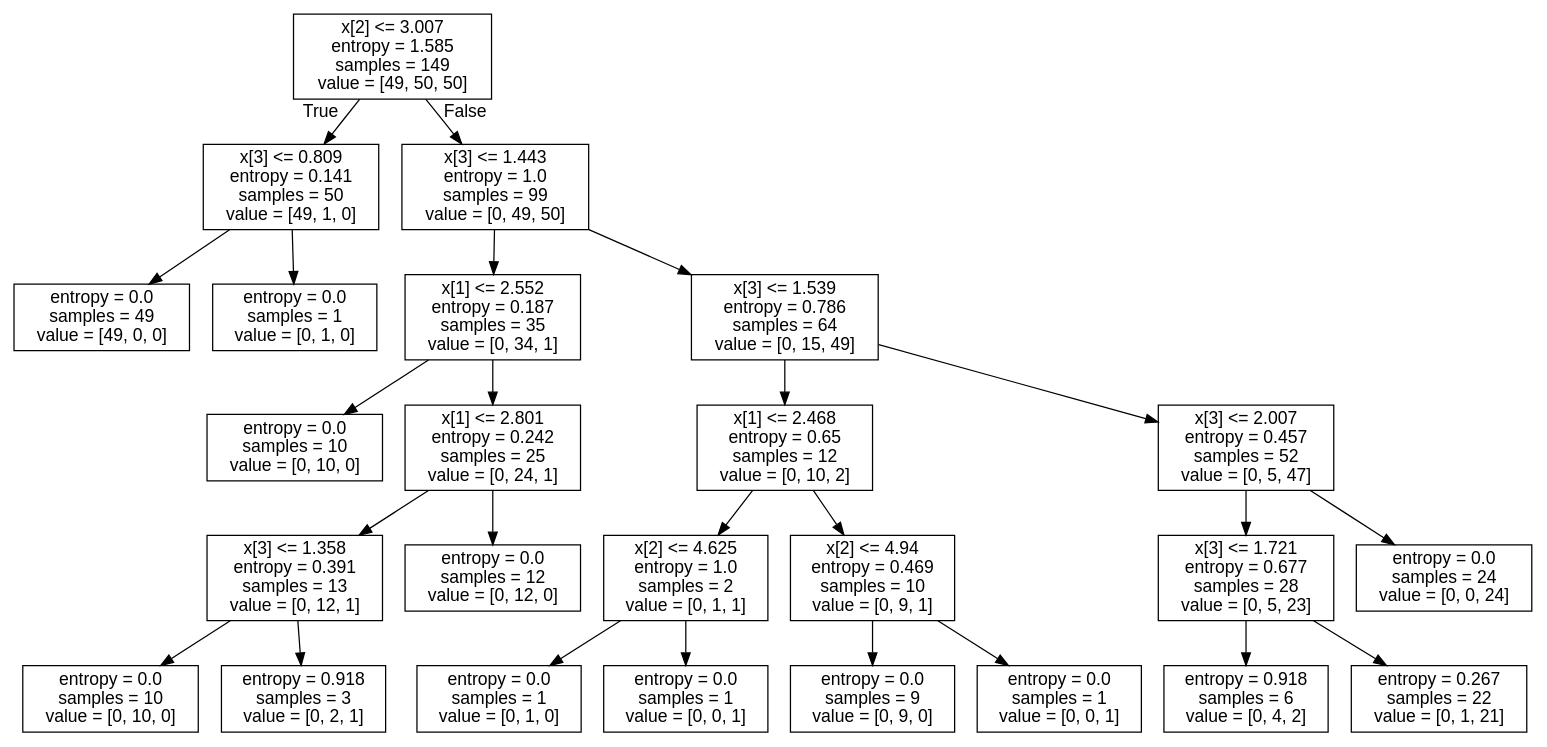
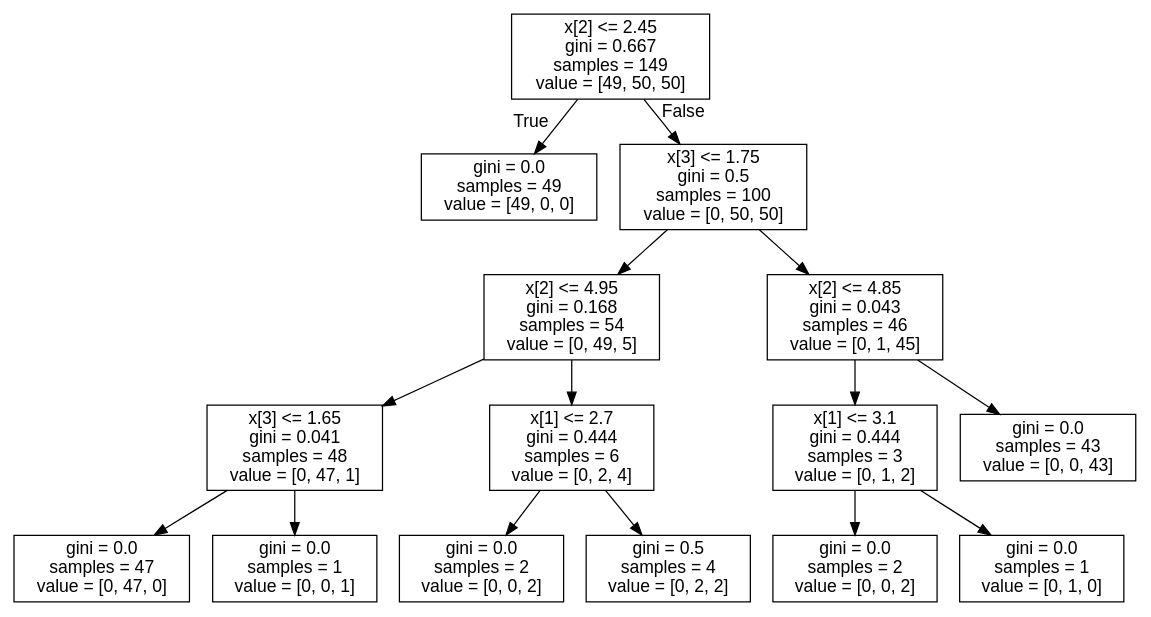
Before and after one commit to VsnGamer/ia-2022: the diagram in exercises/Exercise5_IART_SupervisedLearning_Notebook/iris_dtc.dot, drawn with Graphviz. The commit also changed 3 other files, not shown here.

```diff
--- a/exercises/Exercise5_IART_SupervisedLearning_Notebook/iris_dtc.dot
+++ b/exercises/Exercise5_IART_SupervisedLearning_Notebook/iris_dtc.dot
@@ -1,53 +1,33 @@
 digraph Tree {
 node [shape=box, fontname="helvetica"] ;
 edge [fontname="helvetica"] ;
-0 [label="x[2] <= 3.007\nentropy = 1.585\nsamples = 149\nvalue = [49, 50, 50]"] ;
-1 [label="x[3] <= 0.809\nentropy = 0.141\nsamples = 50\nvalue = [49, 1, 0]"] ;
+0 [label="x[2] <= 2.45\ngini = 0.667\nsamples = 149\nvalue = [49, 50, 50]"] ;
+1 [label="gini = 0.0\nsamples = 49\nvalue = [49, 0, 0]"] ;
 0 -> 1 [labeldistance=2.5, labelangle=45, headlabel="True"] ;
-2 [label="entropy = 0.0\nsamples = 49\nvalue = [49, 0, 0]"] ;
-1 -> 2 ;
-3 [label="entropy = 0.0\nsamples = 1\nvalue = [0, 1, 0]"] ;
-1 -> 3 ;
-4 [label="x[3] <= 1.443\nentropy = 1.0\nsamples = 99\nvalue = [0, 49, 50]"] ;
-0 -> 4 [labeldistance=2.5, labelangle=-45, headlabel="False"] ;
-5 [label="x[1] <= 2.552\nentropy = 0.187\nsamples = 35\nvalue = [0, 34, 1]"] ;
+2 [label="x[3] <= 1.75\ngini = 0.5\nsamples = 100\nvalue = [0, 50, 50]"] ;
+0 -> 2 [labeldistance=2.5, labelangle=-45, headlabel="False"] ;
+3 [label="x[2] <= 4.95\ngini = 0.168\nsamples = 54\nvalue = [0, 49, 5]"] ;
+2 -> 3 ;
+4 [label="x[3] <= 1.65\ngini = 0.041\nsamples = 48\nvalue = [0, 47, 1]"] ;
+3 -> 4 ;
+5 [label="gini = 0.0\nsamples = 47\nvalue = [0, 47, 0]"] ;
 4 -> 5 ;
-6 [label="entropy = 0.0\nsamples = 10\nvalue = [0, 10, 0]"] ;
-5 -> 6 ;
-7 [label="x[1] <= 2.801\nentropy = 0.242\nsamples = 25\nvalue = [0, 24, 1]"] ;
-5 -> 7 ;
-8 [label="x[3] <= 1.358\nentropy = 0.391\nsamples = 13\nvalue = [0, 12, 1]"] ;
+6 [label="gini = 0.0\nsamples = 1\nvalue = [0, 0, 1]"] ;
+4 -> 6 ;
+7 [label="x[1] <= 2.7\ngini = 0.444\nsamples = 6\nvalue = [0, 2, 4]"] ;
+3 -> 7 ;
+8 [label="gini = 0.0\nsamples = 2\nvalue = [0, 0, 2]"] ;
 7 -> 8 ;
-9 [label="entropy = 0.0\nsamples = 10\nvalue = [0, 10, 0]"] ;
-8 -> 9 ;
-10 [label="entropy = 0.918\nsamples = 3\nvalue = [0, 2, 1]"] ;
-8 -> 10 ;
-11 [label="entropy = 0.0\nsamples = 12\nvalue = [0, 12, 0]"] ;
-7 -> 11 ;
-12 [label="x[3] <= 1.539\nentropy = 0.786\nsamples = 64\nvalue = [0, 15, 49]"] ;
-4 -> 12 ;
-13 [label="x[1] <= 2.468\nentropy = 0.65\nsamples = 12\nvalue = [0, 10, 2]"] ;
-12 -> 13 ;
-14 [label="x[2] <= 4.625\nentropy = 1.0\nsamples = 2\nvalue = [0, 1, 1]"] ;
-13 -> 14 ;
-15 [label="entropy = 0.0\nsamples = 1\nvalue = [0, 1, 0]"] ;
-14 -> 15 ;
-16 [label="entropy = 0.0\nsamples = 1\nvalue = [0, 0, 1]"] ;
-14 -> 16 ;
-17 [label="x[2] <= 4.94\nentropy = 0.469\nsamples = 10\nvalue = [0, 9, 1]"] ;
-13 -> 17 ;
-18 [label="entropy = 0.0\nsamples = 9\nvalue = [0, 9, 0]"] ;
-17 -> 18 ;
-19 [label="entropy = 0.0\nsamples = 1\nvalue = [0, 0, 1]"] ;
-17 -> 19 ;
-20 [label="x[3] <= 2.007\nentropy = 0.457\nsamples = 52\nvalue = [0, 5, 47]"] ;
-12 -> 20 ;
-21 [label="x[3] <= 1.721\nentropy = 0.677\nsamples = 28\nvalue = [0, 5, 23]"] ;
-20 -> 21 ;
-22 [label="entropy = 0.918\nsamples = 6\nvalue = [0, 4, 2]"] ;
-21 -> 22 ;
-23 [label="entropy = 0.267\nsamples = 22\nvalue = [0, 1, 21]"] ;
-21 -> 23 ;
-24 [label="entropy = 0.0\nsamples = 24\nvalue = [0, 0, 24]"] ;
-20 -> 24 ;
+9 [label="gini = 0.5\nsamples = 4\nvalue = [0, 2, 2]"] ;
+7 -> 9 ;
+10 [label="x[2] <= 4.85\ngini = 0.043\nsamples = 46\nvalue = [0, 1, 45]"] ;
+2 -> 10 ;
+11 [label="x[1] <= 3.1\ngini = 0.444\nsamples = 3\nvalue = [0, 1, 2]"] ;
+10 -> 11 ;
+12 [label="gini = 0.0\nsamples = 2\nvalue = [0, 0, 2]"] ;
+11 -> 12 ;
+13 [label="gini = 0.0\nsamples = 1\nvalue = [0, 1, 0]"] ;
+11 -> 13 ;
+14 [label="gini = 0.0\nsamples = 43\nvalue = [0, 0, 43]"] ;
+10 -> 14 ;
 }
```
